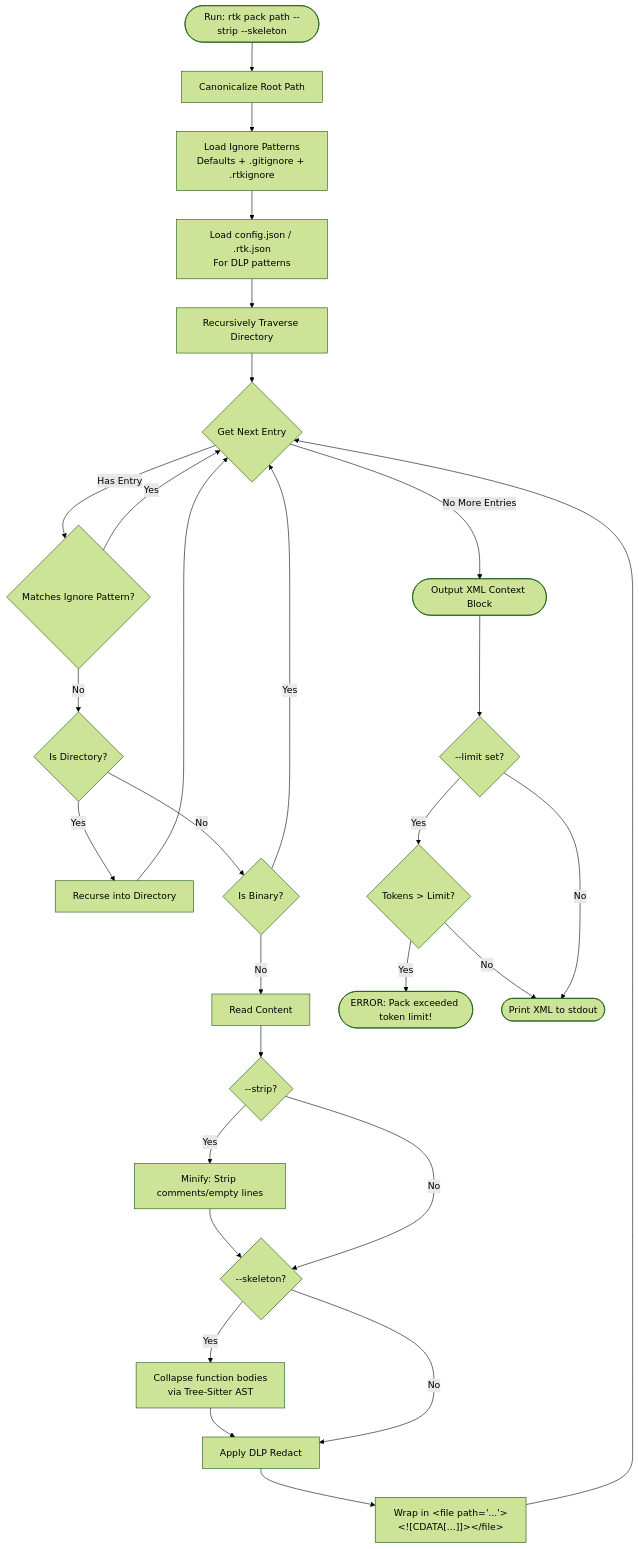
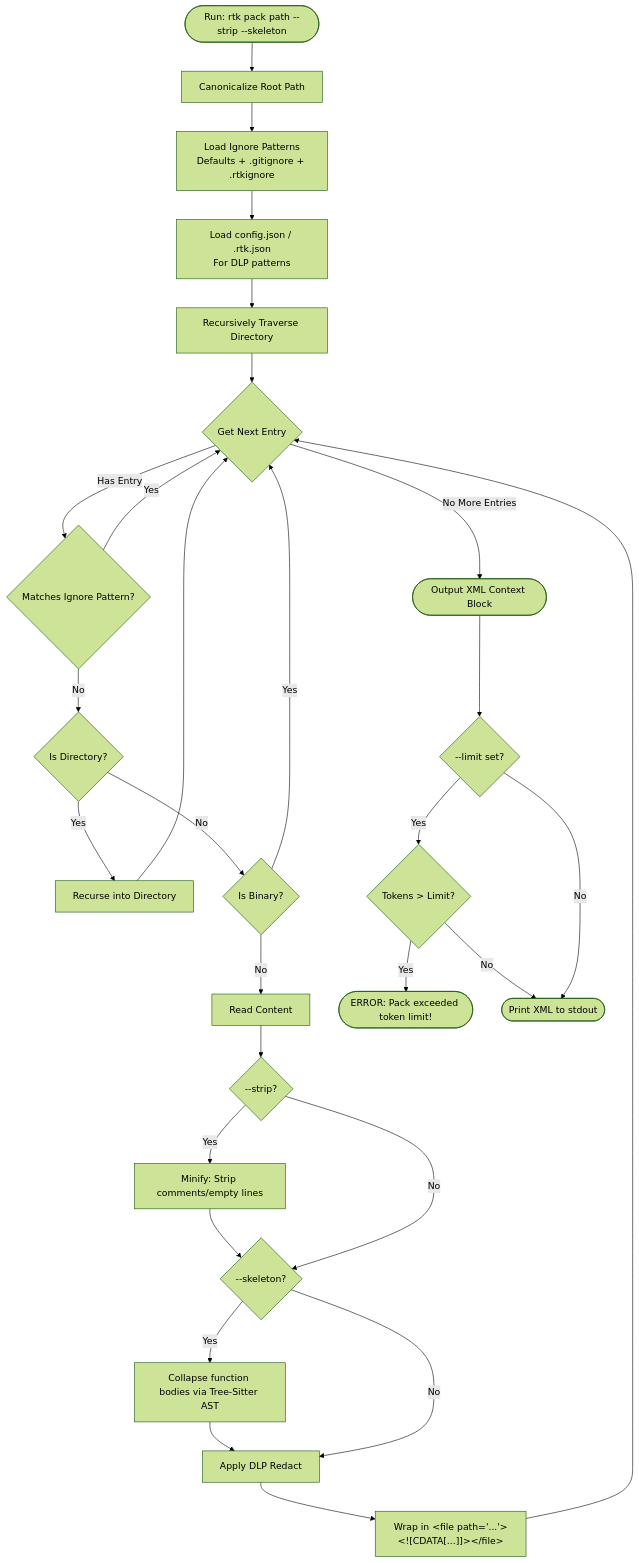
The fourth of 4 diagrams in README.md (andreafinazziinfo/ai-token-saver), drawn with Mermaid (forest theme) before and after one commit. The commit also changed other lines of this file and 2 other files, not shown here.

Commit message:
docs(readme): fix logo path, crates.io badge, installation steps and mermaid syntax

````diff
--- a/README.md
+++ b/README.md
@@ -370,33 +377,32 @@
 ```mermaid
 graph TD
     Start([Run: rtk pack path --strip --skeleton]) --> Canonical[Canonicalize Root Path]
     Canonical --> LoadIgnores[Load Ignore Patterns<br>Defaults + .gitignore + .rtkignore]
     LoadIgnores --> LoadConfig[Load config.json / .rtk.json<br>For DLP patterns]
     LoadConfig --> StartRecurse[Recursively Traverse Directory]
     StartRecurse --> NextEntry{Get Next Entry}
     
     NextEntry -- No More Entries --> End([Output XML Context Block])
     NextEntry -- Has Entry --> CheckIgnore{Matches Ignore Pattern?}
     CheckIgnore -- Yes --> NextEntry
     CheckIgnore -- No --> IsDirectory{Is Directory?}
     
     IsDirectory -- Yes --> RecurseDir[Recurse into Directory] --> NextEntry
     IsDirectory -- No --> IsBinary{Is Binary?}
     IsBinary -- Yes --> NextEntry
     
     IsBinary -- No --> ReadFile[Read Content] --> CheckStrip{--strip?}
     CheckStrip -- Yes --> Minify[Minify: Strip comments/empty lines] --> CheckSkeleton
     CheckStrip -- No --> CheckSkeleton{--skeleton?}
     
-    CheckSkeleton -- Yes --> Skeletonize[Collapse function bodies
-    via Tree-Sitter AST] --> DLPRedact
+    CheckSkeleton -- Yes --> Skeletonize["Collapse function bodies via Tree-Sitter AST"] --> DLPRedact
     CheckSkeleton -- No --> DLPRedact[Apply DLP Redact]
     
     DLPRedact --> WrapXML["Wrap in &lt;file path='...'&gt;&lt;![CDATA[...]]&gt;&lt;/file&gt;"]
     WrapXML --> NextEntry
     End --> CheckLimit{--limit set?}
     CheckLimit -- Yes --> ValidateLimit{Tokens > Limit?}
     ValidateLimit -- Yes --> Error([ERROR: Pack exceeded token limit!])
     ValidateLimit -- No --> Print([Print XML to stdout])
     CheckLimit -- No --> Print
 ```
````
